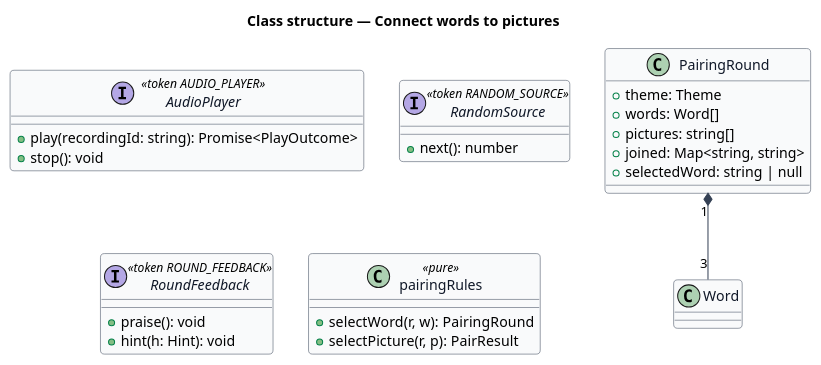
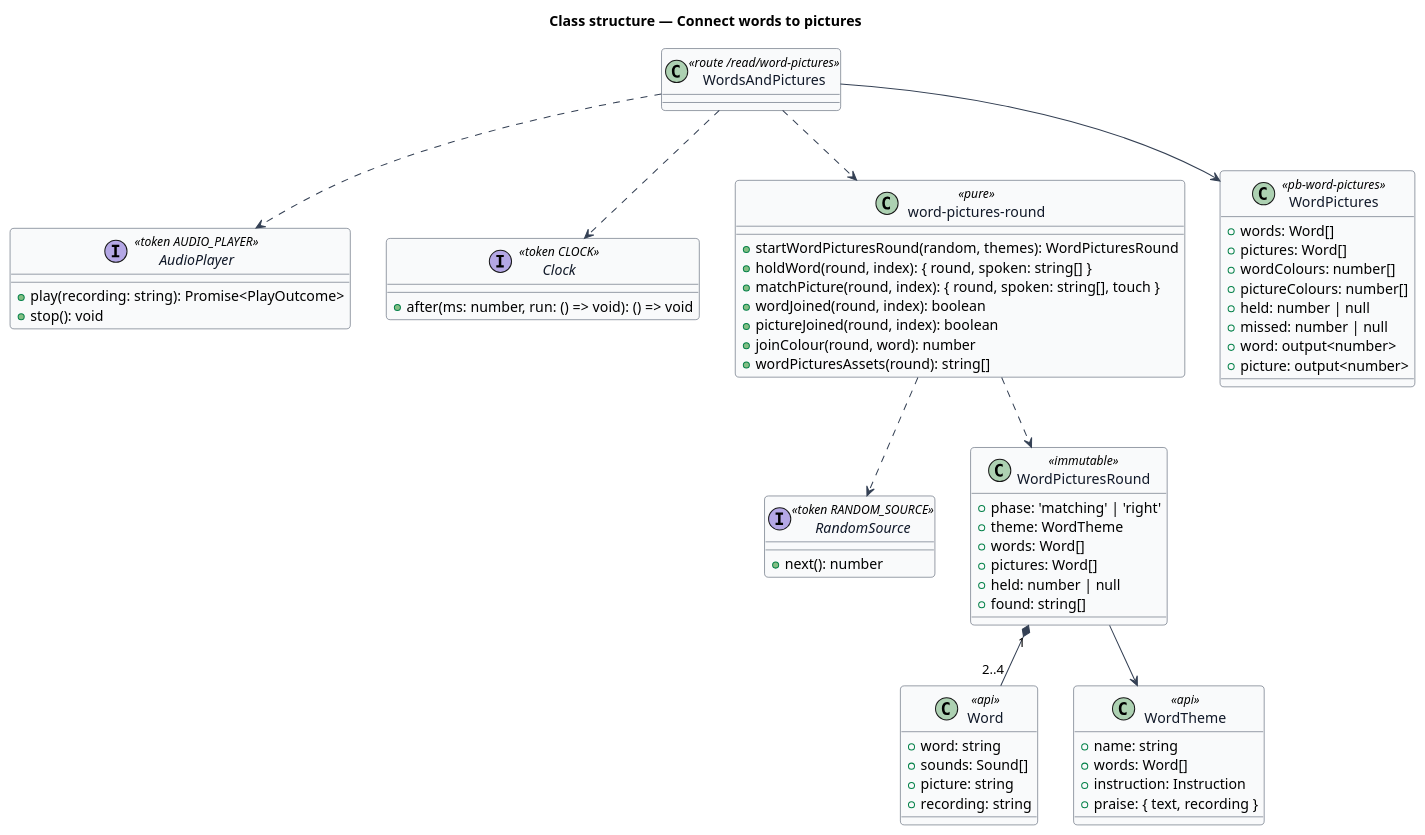
One commit to QuinntyneBrown/pibbo changed the diagram in docs/detailed-designs/sound-out/connect-words-to-pictures/diagrams/class.puml. Above: the diagram before and after it, drawn with PlantUML. The commit also changed 19 other files, not shown here.

Commit message:
Align Words and pictures requirement, design and mocks: the word-to-picture pair match, held and miss states, a Home card (ADR 0022)

```diff
--- a/docs/detailed-designs/sound-out/connect-words-to-pictures/diagrams/class.puml
+++ b/docs/detailed-designs/sound-out/connect-words-to-pictures/diagrams/class.puml
@@ -1,38 +1,72 @@
 @startuml
 skinparam backgroundColor #FFFFFF
 skinparam shadowing false
 skinparam roundcorner 8
 skinparam defaultFontName Arial
 skinparam ArrowColor #344054
 skinparam class {
   BorderColor #344054
   FontColor #101828
   BackgroundColor #F9FAFB
 }
 title Class structure — Connect words to pictures
 
 interface AudioPlayer <<token AUDIO_PLAYER>> {
-  +play(recordingId: string): Promise<PlayOutcome>
+  +play(recording: string): Promise<PlayOutcome>
   +stop(): void
 }
 interface RandomSource <<token RANDOM_SOURCE>> {
   +next(): number
 }
-interface RoundFeedback <<token ROUND_FEEDBACK>> {
-  +praise(): void
-  +hint(h: Hint): void
+interface Clock <<token CLOCK>> {
+  +after(ms: number, run: () => void): () => void
 }
-
-class PairingRound {
-  +theme: Theme
+class Word <<api>> {
+  +word: string
+  +sounds: Sound[]
+  +picture: string
+  +recording: string
+}
+class WordTheme <<api>> {
+  +name: string
   +words: Word[]
-  +pictures: string[]
-  +joined: Map<string, string>
-  +selectedWord: string | null
+  +instruction: Instruction
+  +praise: { text, recording }
 }
-class pairingRules <<pure>> {
-  +selectWord(r, w): PairingRound
-  +selectPicture(r, p): PairResult
+class WordPicturesRound <<immutable>> {
+  +phase: 'matching' | 'right'
+  +theme: WordTheme
+  +words: Word[]
+  +pictures: Word[]
+  +held: number | null
+  +found: string[]
 }
-PairingRound "1" *-- "3" Word
+class "word-pictures-round" as rules <<pure>> {
+  +startWordPicturesRound(random, themes): WordPicturesRound
+  +holdWord(round, index): { round, spoken: string[] }
+  +matchPicture(round, index): { round, spoken: string[], touch }
+  +wordJoined(round, index): boolean
+  +pictureJoined(round, index): boolean
+  +joinColour(round, word): number
+  +wordPicturesAssets(round): string[]
+}
+class WordsAndPictures <<route /read/word-pictures>>
+class WordPictures <<pb-word-pictures>> {
+  +words: Word[]
+  +pictures: Word[]
+  +wordColours: number[]
+  +pictureColours: number[]
+  +held: number | null
+  +missed: number | null
+  +word: output<number>
+  +picture: output<number>
+}
+WordPicturesRound "1" *-- "2..4" Word
+WordPicturesRound --> WordTheme
+rules ..> WordPicturesRound
+rules ..> RandomSource
+WordsAndPictures ..> rules
+WordsAndPictures ..> AudioPlayer
+WordsAndPictures ..> Clock
+WordsAndPictures --> WordPictures
 @enduml
```
